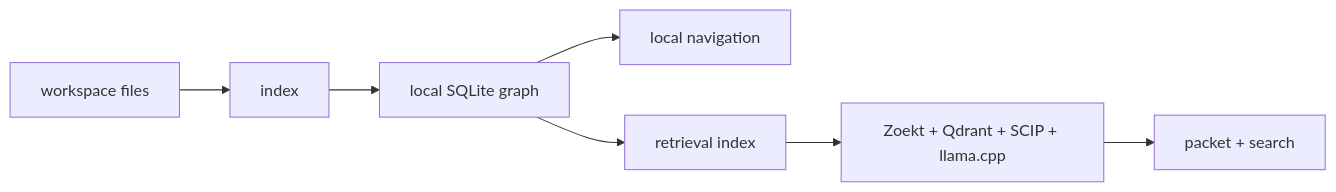
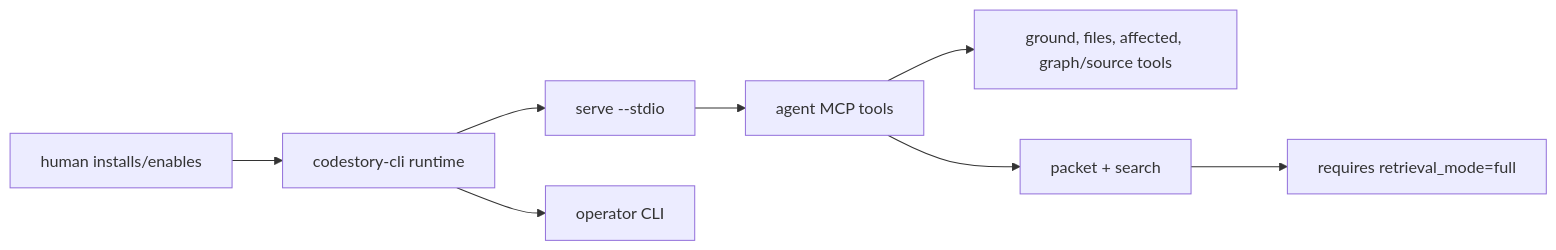
One commit to TheGreenCedar/CodeStory changed the diagram in README.md. Above: the diagram before and after it, drawn with Mermaid. The commit also changed other lines of this file, not shown here.

````diff
--- a/README.md
+++ b/README.md
@@ -24,9 +30,10 @@
 ```mermaid
 flowchart LR
-    Repo["workspace files"] --> Index["index"]
-    Index --> Store["local SQLite graph"]
-    Store --> Local["local navigation"]
-    Store --> RetrievalIndex["retrieval index"]
-    RetrievalIndex --> Sidecars["Zoekt + Qdrant + SCIP + llama.cpp"]
-    Sidecars --> PacketSearch["packet + search"]
+    Human["human installs/enables"] --> Runtime["codestory-cli runtime"]
+    Runtime --> Stdio["serve --stdio"]
+    Stdio --> Agent["agent MCP tools"]
+    Agent --> Local["ground, files, affected, graph/source tools"]
+    Agent --> Broad["packet + search"]
+    Runtime --> CLI["operator CLI"]
+    Broad --> Gate["requires retrieval_mode=full"]
 ```
````
